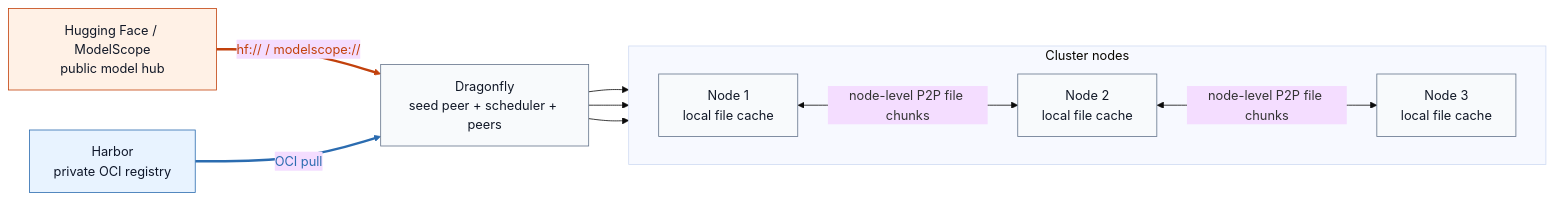
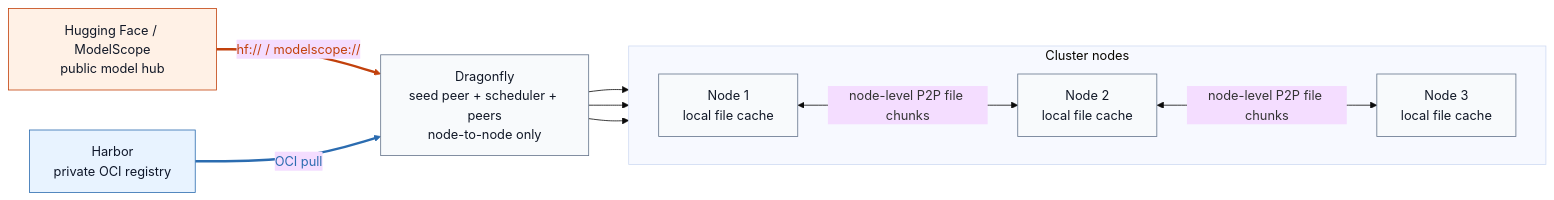
One commit to pacoxu/AI-Infra changed the second of 4 diagrams in docs/blog/2026-04-28/2026-04-28-understanding-model-distribution-stack_zh.md. Above: the diagram before and after it, drawn with Mermaid (base theme). The commit also changed other lines of this file and 1 other file, not shown here.

````diff
--- a/docs/blog/2026-04-28/2026-04-28-understanding-model-distribution-stack_zh.md
+++ b/docs/blog/2026-04-28/2026-04-28-understanding-model-distribution-stack_zh.md
@@ -157,31 +167,31 @@
 ```mermaid
 flowchart LR
   classDef oci fill:#e8f3ff,stroke:#2b6cb0,color:#0f172a;
   classDef model fill:#fff1e6,stroke:#c2410c,color:#111827;
   classDef neutral fill:#f8fafc,stroke:#64748b,color:#111827;
 
   HF["Hugging Face / ModelScope<br/>public model hub"]
   HB["Harbor<br/>private OCI registry"]
-  DF["Dragonfly<br/>seed peer + scheduler + peers"]
+  DF["Dragonfly<br/>seed peer + scheduler + peers<br/>node-to-node only"]
 
   subgraph CL["Cluster nodes"]
     direction LR
     N1["Node 1<br/>local file cache"]
     N2["Node 2<br/>local file cache"]
     N3["Node 3<br/>local file cache"]
   end
 
   HF -->|"hf:// / modelscope://"| DF
   HB -->|"OCI pull"| DF
   DF --> N1
   DF --> N2
   DF --> N3
   N1 <-->|"node-level P2P file chunks"| N2
   N2 <-->|"node-level P2P file chunks"| N3
 
   class HB oci;
   class HF model;
   class DF,N1,N2,N3 neutral;
   linkStyle 0 stroke:#c2410c,stroke-width:3px,color:#c2410c
   linkStyle 1 stroke:#2b6cb0,stroke-width:3px,color:#2b6cb0
 ```
````
